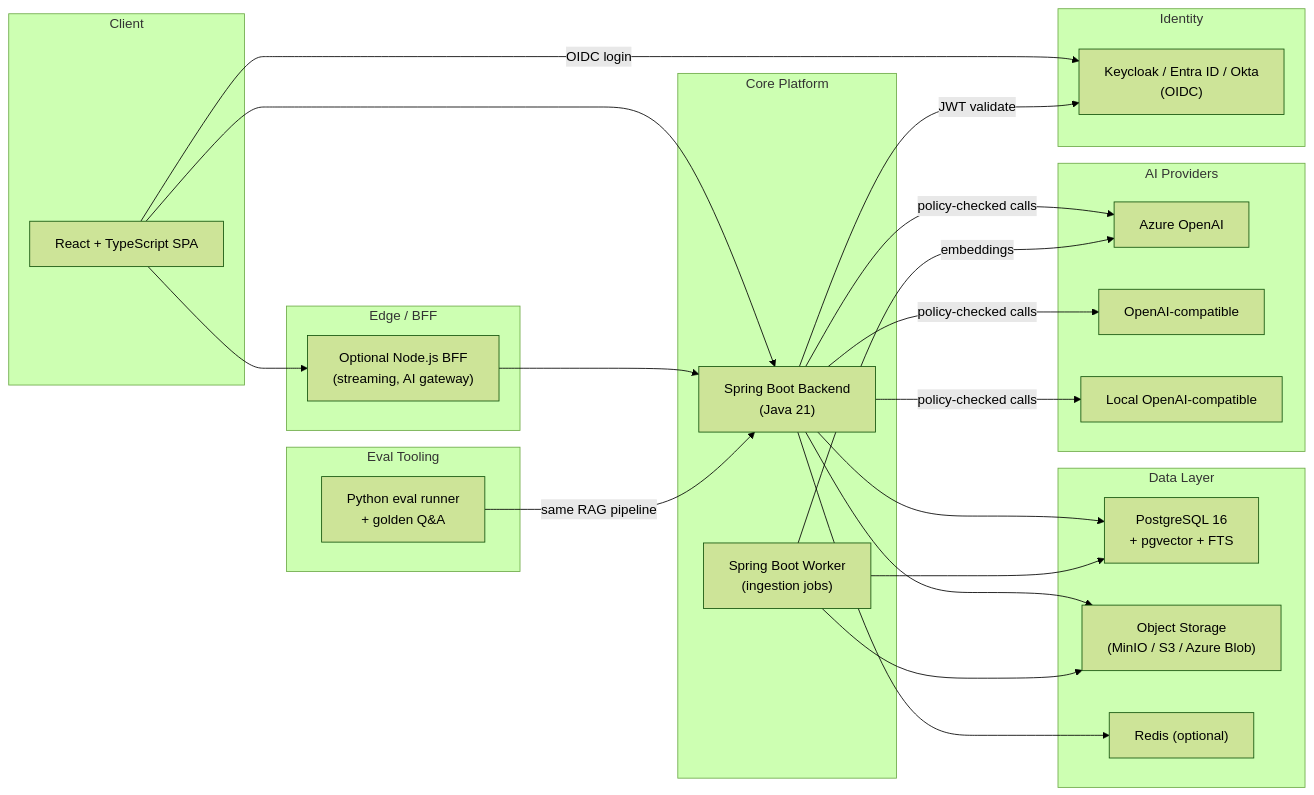
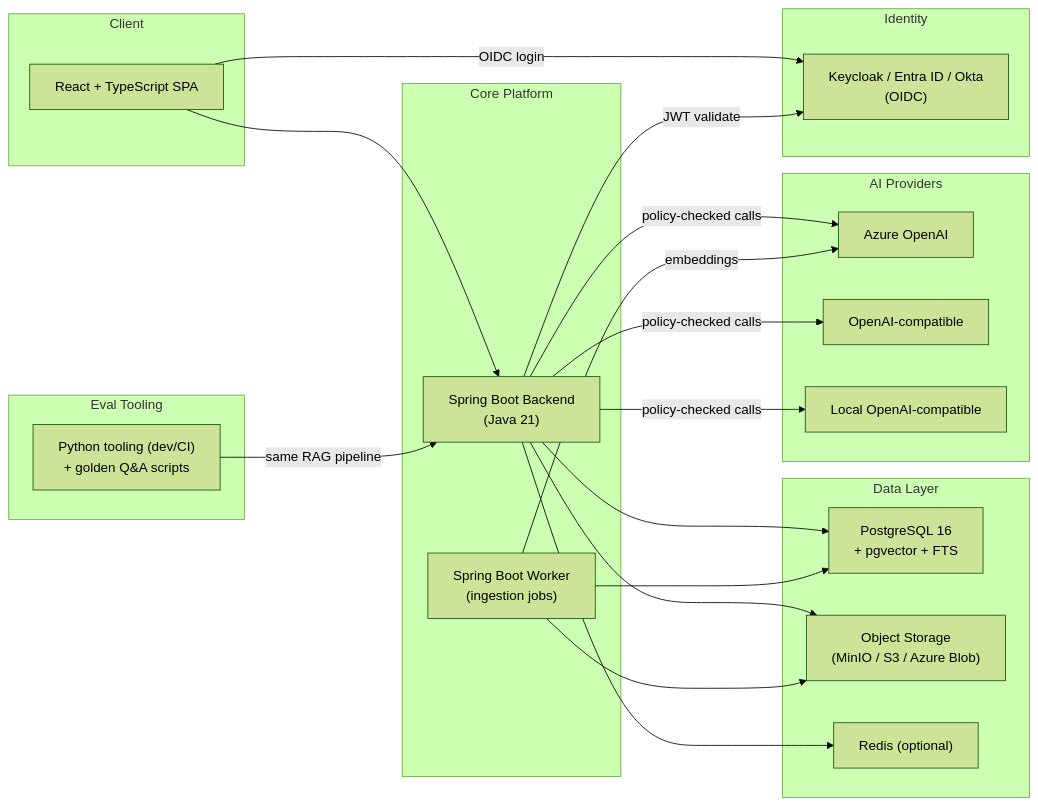
One commit to alechulkin/rag changed the first of 2 diagrams in docs/BRD.md. Above: the diagram before and after it, drawn with Mermaid (forest theme). The commit also changed other lines of this file and 1 other file, not shown here.

First line of the commit message:
fix(docs): reconcile NFR/BRD targets and remove BFF from MVP

````diff
--- a/docs/BRD.md
+++ b/docs/BRD.md
@@ -532,51 +530,45 @@
 ```mermaid
 flowchart LR
   subgraph client [Client]
     React[React + TypeScript SPA]
-  end
-
-  subgraph edge [Edge / BFF]
-    BFF["Optional Node.js BFF<br/>(streaming, AI gateway)"]
   end
 
   subgraph core [Core Platform]
     SB["Spring Boot Backend<br/>(Java 21)"]
     Worker["Spring Boot Worker<br/>(ingestion jobs)"]
   end
 
   subgraph data [Data Layer]
     PG["PostgreSQL 16<br/>+ pgvector + FTS"]
     Obj["Object Storage<br/>(MinIO / S3 / Azure Blob)"]
     Redis["Redis (optional)"]
   end
 
   subgraph ai [AI Providers]
     Azure["Azure OpenAI"]
     OAI["OpenAI-compatible"]
     Local["Local OpenAI-compatible"]
   end
 
   subgraph identity [Identity]
     KC["Keycloak / Entra ID / Okta<br/>(OIDC)"]
   end
 
   subgraph eval [Eval Tooling]
-    Py["Python eval runner<br/>+ golden Q&A"]
+    Py["Python tooling (dev/CI)<br/>+ golden Q&A scripts"]
   end
 
-  React --> BFF
   React --> SB
-  BFF --> SB
   React -- "OIDC login" --> KC
   SB -- "JWT validate" --> KC
   SB --> PG
   SB --> Obj
   SB --> Redis
   SB -- "policy-checked calls" --> Azure
   SB -- "policy-checked calls" --> OAI
   SB -- "policy-checked calls" --> Local
   Worker --> PG
   Worker --> Obj
   Worker -- "embeddings" --> Azure
   Py -- "same RAG pipeline" --> SB
 ```
````
